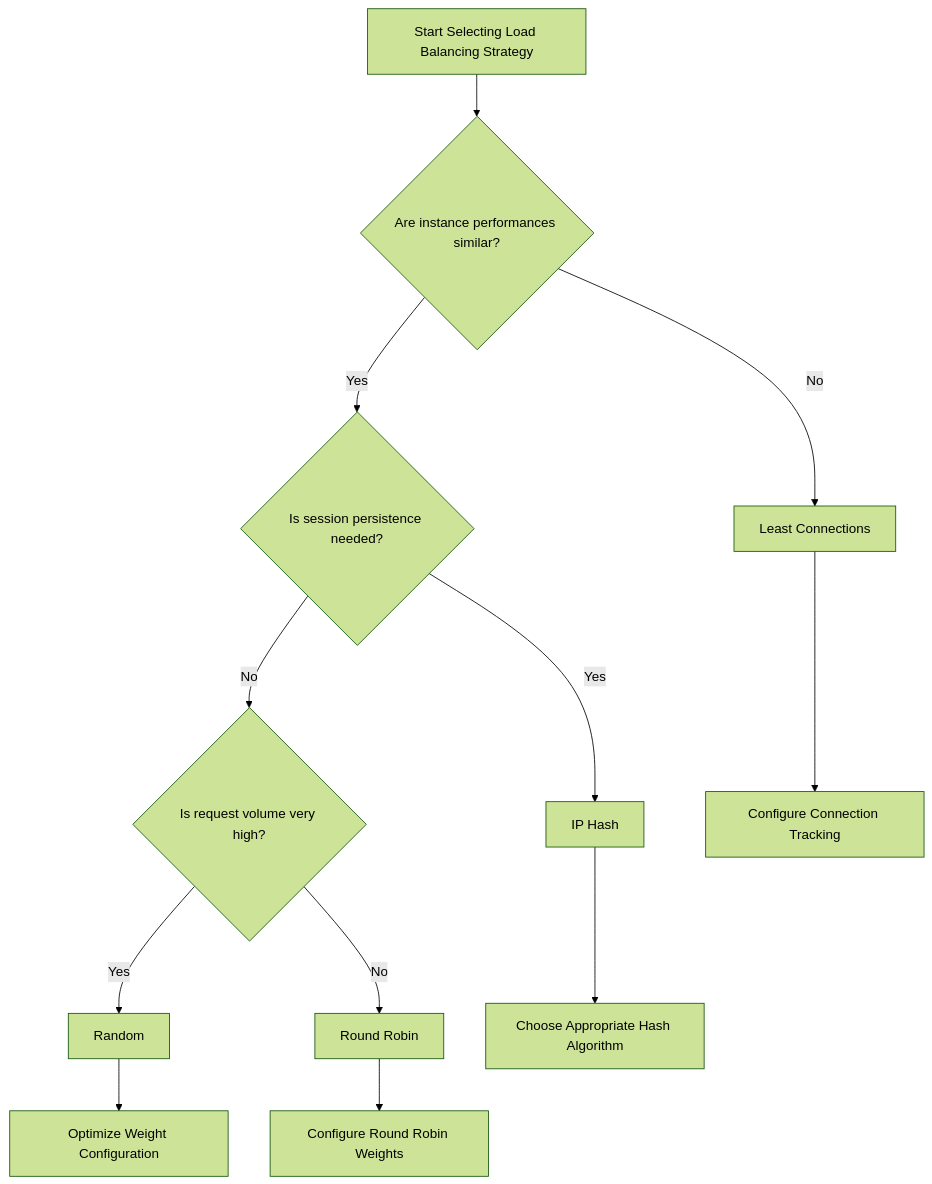
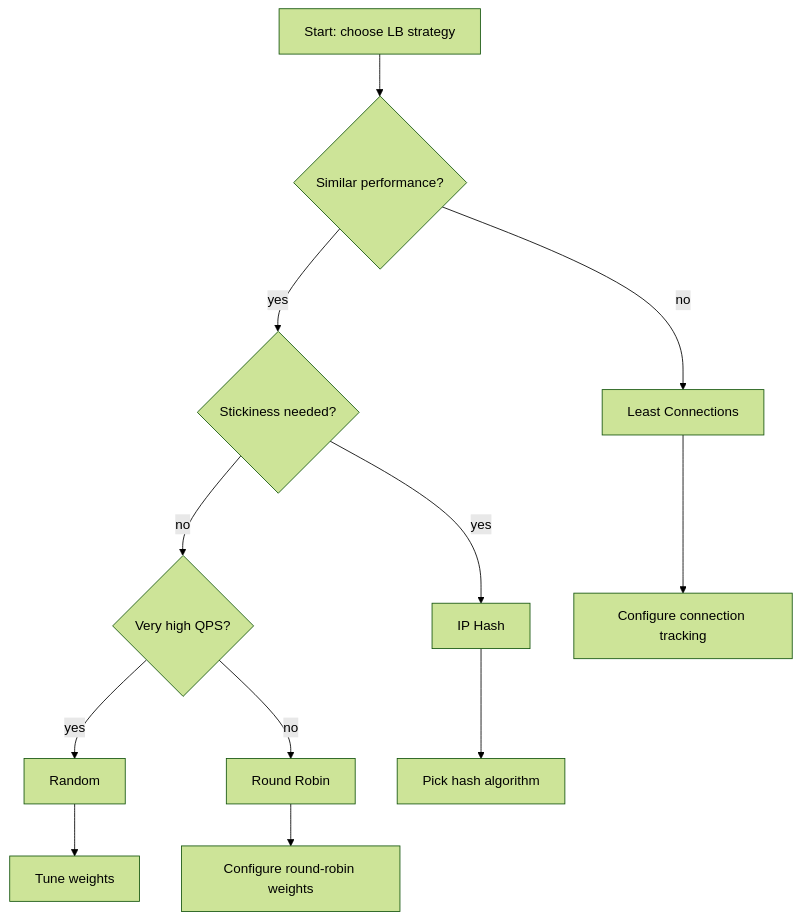
The second of 2 diagrams in docs/en/configuration/load-balancing.md (ethdeve/trunkline), drawn with Mermaid (forest theme) before and after one commit. The commit also changed other lines of this file and 1160 other files, not shown here.

````diff
--- a/docs/en/configuration/load-balancing.md
+++ b/docs/en/configuration/load-balancing.md
@@ -512,17 +485,17 @@
 ```mermaid
 flowchart TD
-    A[Start Selecting Load Balancing Strategy] --> B{Are instance performances similar?}
-    B -->|Yes| C{Is session persistence needed?}
-    B -->|No| D[Least Connections]
+    A[Start: choose LB strategy] --> B{Similar performance?}
+    B -->|yes| C{Stickiness needed?}
+    B -->|no| D[Least Connections]
     
-    C -->|Yes| E[IP Hash]
-    C -->|No| F{Is request volume very high?}
+    C -->|yes| E[IP Hash]
+    C -->|no| F{Very high QPS?}
     
-    F -->|Yes| G[Random]
-    F -->|No| H[Round Robin]
+    F -->|yes| G[Random]
+    F -->|no| H[Round Robin]
     
-    D --> I[Configure Connection Tracking]
-    E --> J[Choose Appropriate Hash Algorithm]
-    G --> K[Optimize Weight Configuration]
-    H --> L[Configure Round Robin Weights]
+    D --> I[Configure connection tracking]
+    E --> J[Pick hash algorithm]
+    G --> K[Tune weights]
+    H --> L[Configure round-robin weights]
 ```
````
